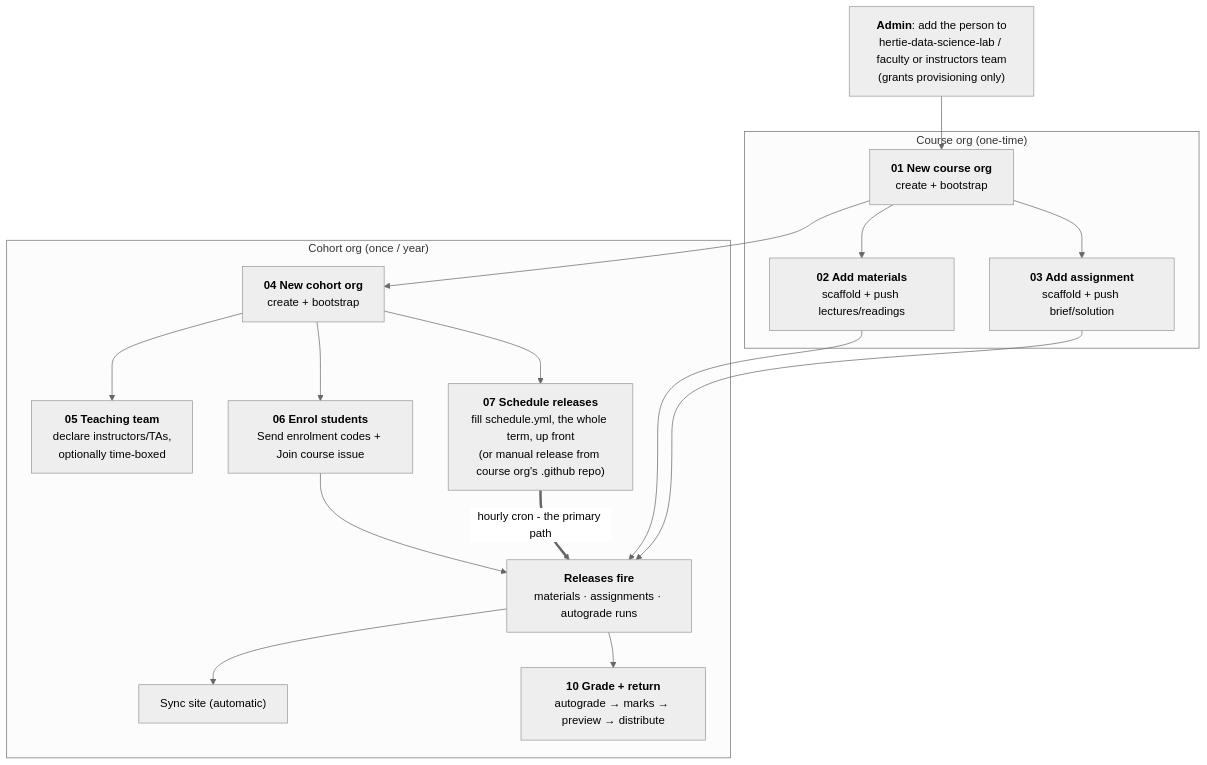
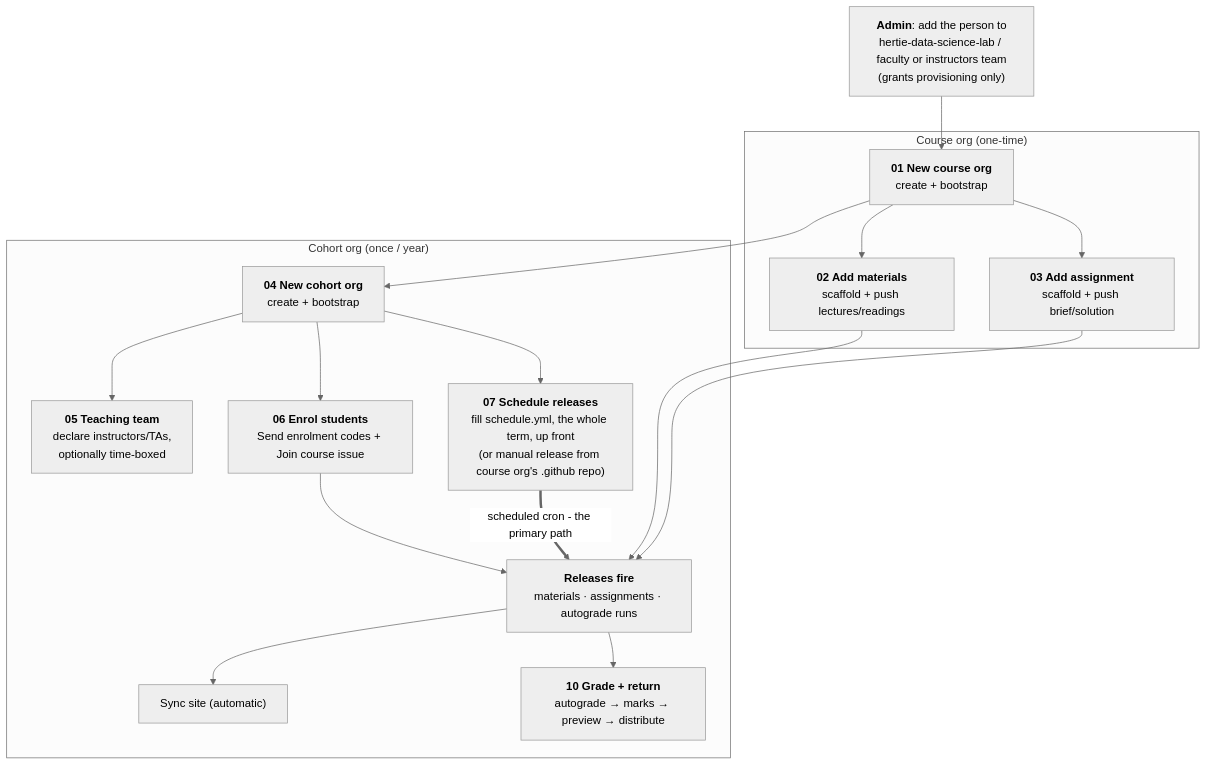
The diagram in docs/README.md (hertie-data-science-lab/dsl-teaching-toolkit), drawn with Mermaid (neutral theme) before and after one commit. The commit also changed 13 other files, not shown here.

````diff
--- a/docs/README.md
+++ b/docs/README.md
@@ -17,46 +17,46 @@
 ```mermaid
 flowchart TD
   A["`**Admin**: add the person to
 hertie-data-science-lab / faculty or instructors team
 (grants provisioning only)`"] --> B
 
   subgraph COURSE["Course org (one-time)"]
     B["`**01 New course org**
 create + bootstrap`"]
     C["`**02 Add materials**
 scaffold + push lectures/readings`"]
     D["`**03 Add assignment**
 scaffold + push brief/solution`"]
     B --> C
     B --> D
   end
 
   subgraph COHORT["Cohort org (once / year)"]
     E["`**04 New cohort org**
 create + bootstrap`"]
     T["`**05 Teaching team**
 declare instructors/TAs,
 optionally time-boxed`"]
     F["`**06 Enrol students**
 Send enrolment codes + Join course issue`"]
     S["`**07 Schedule releases**
 fill schedule.yml, the whole term, up front
 (or manual release from course org's .github repo)`"]
     G["`**Releases fire**
 materials · assignments · autograde runs`"]
     I["Sync site (automatic)"]
     J["`**10 Grade + return**
 autograde → marks → preview → distribute`"]
     E --> T
     E --> F
     E --> S
     F --> G
-    S ==>|"hourly cron - the primary path"| G
+    S ==>|"scheduled cron - the primary path"| G
     G --> I
     G --> J
   end
 
   B --> E
   C --> G
   D --> G
 ```
````
